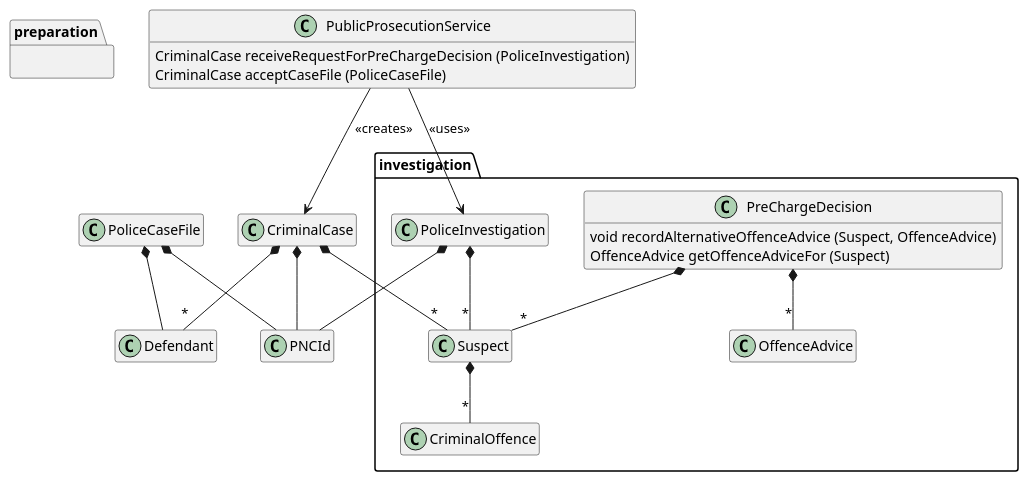
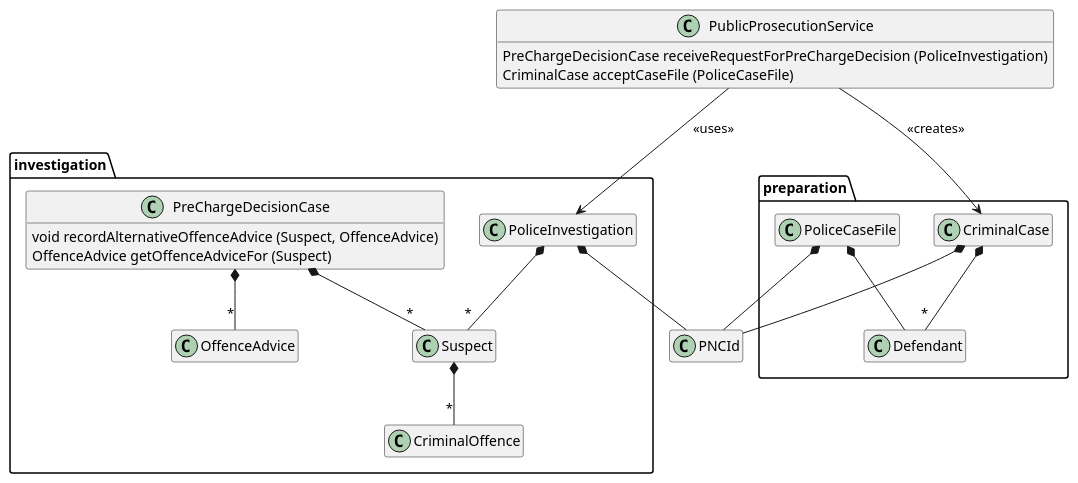
One commit to First-Steps-in-DDD-Community/first-steps-in-ddd-solutions changed the diagram in docs/Domain-Model.puml. Above: the diagram before and after it, drawn with PlantUML.

Commit message:
Exercise 5 - DOCS - Update the diagram to show rename of PreChargeDecision to PreChargeDecisionCase, move of CriminalCase, Defendant and PoliceCaseFile to preparation package, change of signature of PublicProsecutionService.receiveRequestForPreChargeDecision, and removal of CriminalCase's suspect attribute.

```diff
--- a/docs/Domain-Model.puml
+++ b/docs/Domain-Model.puml
@@ -1,69 +1,66 @@
 @startuml
 hide empty members
 hide empty methods
 
 package investigation {
 
     class CriminalOffence {
     }
 
     class OffenceAdvice {
     }
 
     class PoliceInvestigation {
     }
 
-    class PreChargeDecision {
+    class PreChargeDecisionCase {
         void recordAlternativeOffenceAdvice (Suspect, OffenceAdvice)
         OffenceAdvice getOffenceAdviceFor (Suspect)
     }
 
     class Suspect    {
     }
 
 }
 
 package preparation{
-}
+    class CriminalCase {
+    }
 
-class CriminalCase {
-}
+    class Defendant {
+    }
 
-class Defendant {
+    class PoliceCaseFile {
+    }
 }
 
 class PNCId {
 }
 
-class PoliceCaseFile {
-}
-
 class PublicProsecutionService {
-    CriminalCase receiveRequestForPreChargeDecision (PoliceInvestigation)
+    PreChargeDecisionCase receiveRequestForPreChargeDecision (PoliceInvestigation)
     CriminalCase acceptCaseFile (PoliceCaseFile)
 }
 
 Suspect *-- "*" CriminalOffence
 
 PoliceCaseFile *-- PNCId
 
 PoliceCaseFile *-- Defendant
 
 PoliceInvestigation *-- "*" Suspect
 
 PoliceInvestigation *-- PNCId
 
-PreChargeDecision *-- "*" Suspect
+PreChargeDecisionCase *-- "*" Suspect
 
-PreChargeDecision *-- "*" OffenceAdvice
+PreChargeDecisionCase *-- "*" OffenceAdvice
 
 CriminalCase *-- PNCId
-
-CriminalCase *-- "*" Suspect
 
 CriminalCase *-- "*" Defendant
 
 PublicProsecutionService --> CriminalCase : <<creates>>
 
 PublicProsecutionService --> PoliceInvestigation : <<uses>>
 @enduml
```
